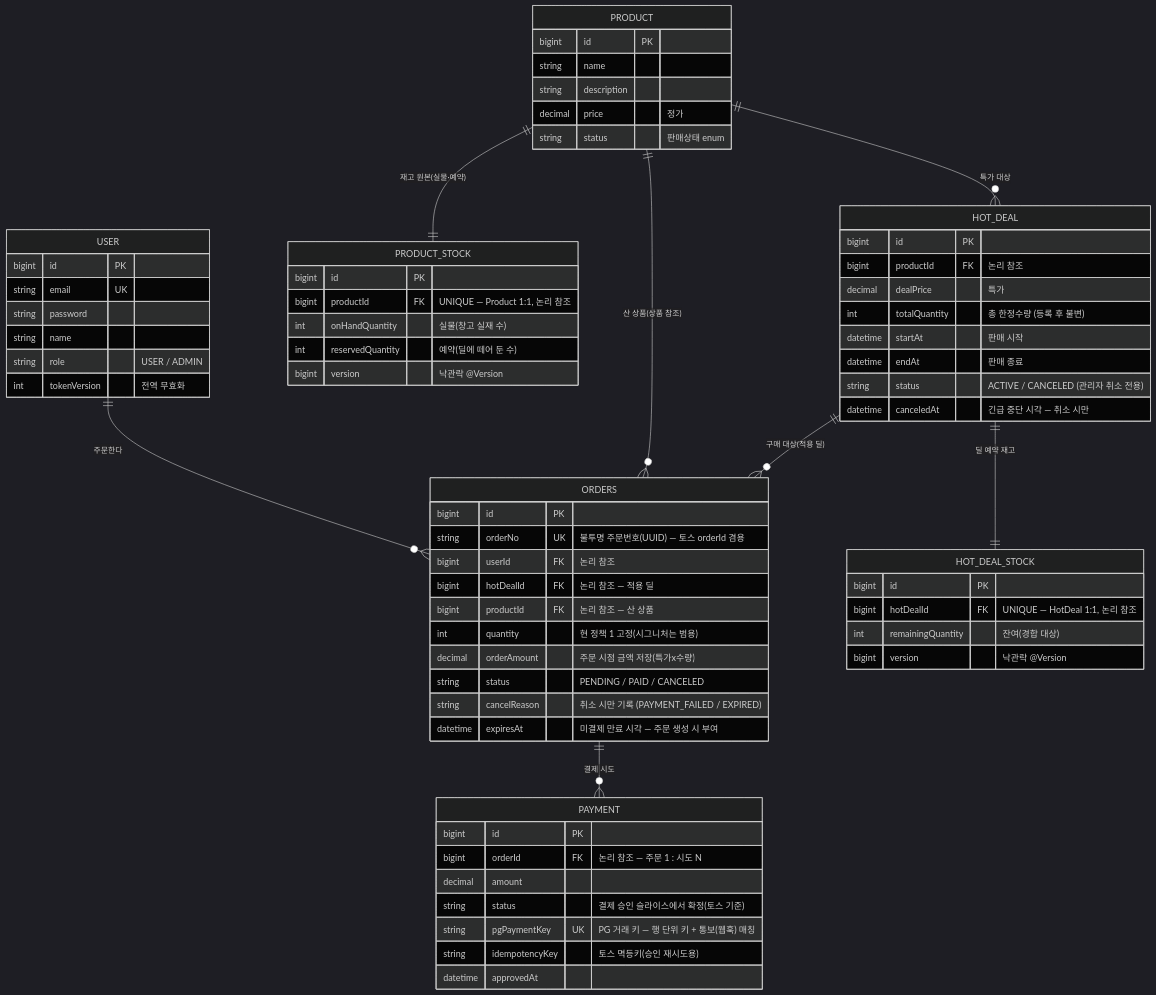
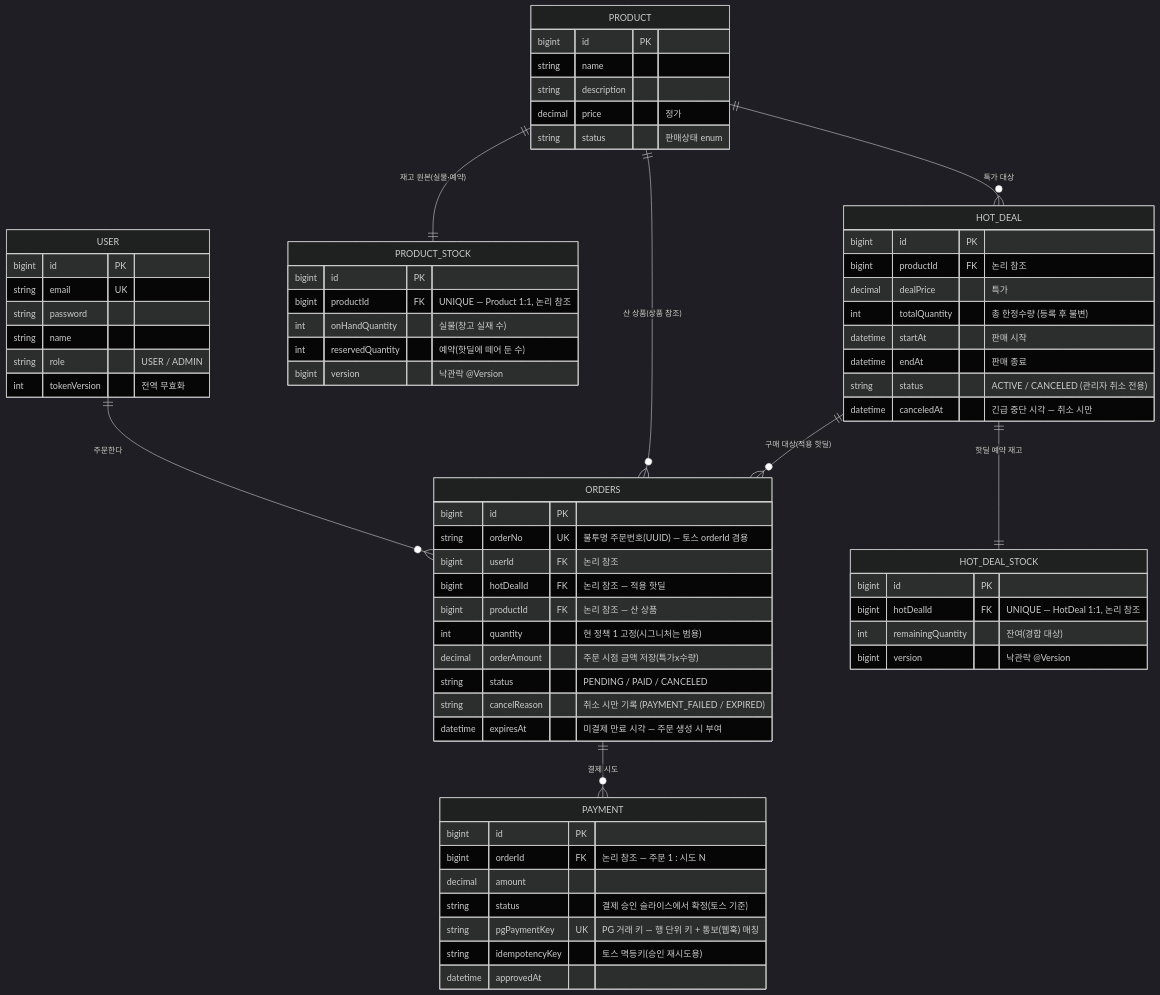
Before and after one commit to Ting97ok/hotdeal-commerce: the diagram in docs/design/erd.md, drawn with Mermaid (dark theme). The commit also changed other lines of this file and 3 other files, not shown here.

````diff
--- a/docs/design/erd.md
+++ b/docs/design/erd.md
@@ -11,70 +11,70 @@
 ```mermaid
 erDiagram
     USER     ||--o{ ORDERS         : "주문한다"
     PRODUCT  ||--|| PRODUCT_STOCK  : "재고 원본(실물·예약)"
     PRODUCT  ||--o{ HOT_DEAL       : "특가 대상"
     PRODUCT  ||--o{ ORDERS         : "산 상품(상품 참조)"
-    HOT_DEAL ||--|| HOT_DEAL_STOCK : "딜 예약 재고"
-    HOT_DEAL ||--o{ ORDERS         : "구매 대상(적용 딜)"
+    HOT_DEAL ||--|| HOT_DEAL_STOCK : "핫딜 예약 재고"
+    HOT_DEAL ||--o{ ORDERS         : "구매 대상(적용 핫딜)"
     ORDERS   ||--o{ PAYMENT        : "결제 시도"
 
     USER {
         bigint id PK
         string email UK
         string password
         string name
         string role "USER / ADMIN"
         int    tokenVersion "전역 무효화"
     }
     PRODUCT {
         bigint  id PK
         string  name
         string  description
         decimal price "정가"
         string  status "판매상태 enum"
     }
     PRODUCT_STOCK {
         bigint id PK
         bigint productId FK "UNIQUE — Product 1:1, 논리 참조"
         int    onHandQuantity "실물(창고 실재 수)"
-        int    reservedQuantity "예약(딜에 떼어 둔 수)"
+        int    reservedQuantity "예약(핫딜에 떼어 둔 수)"
         bigint version "낙관락 @Version"
     }
     HOT_DEAL {
         bigint   id PK
         bigint   productId FK "논리 참조"
         decimal  dealPrice "특가"
         int      totalQuantity "총 한정수량 (등록 후 불변)"
         datetime startAt "판매 시작"
         datetime endAt "판매 종료"
         string   status "ACTIVE / CANCELED (관리자 취소 전용)"
         datetime canceledAt "긴급 중단 시각 — 취소 시만"
     }
     HOT_DEAL_STOCK {
         bigint id PK
         bigint hotDealId FK "UNIQUE — HotDeal 1:1, 논리 참조"
         int    remainingQuantity "잔여(경합 대상)"
         bigint version "낙관락 @Version"
     }
     ORDERS {
         bigint   id PK
         string   orderNo UK "불투명 주문번호(UUID) — 토스 orderId 겸용"
         bigint   userId FK "논리 참조"
-        bigint   hotDealId FK "논리 참조 — 적용 딜"
+        bigint   hotDealId FK "논리 참조 — 적용 핫딜"
         bigint   productId FK "논리 참조 — 산 상품"
         int      quantity "현 정책 1 고정(시그니처는 범용)"
         decimal  orderAmount "주문 시점 금액 저장(특가x수량)"
         string   status "PENDING / PAID / CANCELED"
         string   cancelReason "취소 시만 기록 (PAYMENT_FAILED / EXPIRED)"
         datetime expiresAt "미결제 만료 시각 — 주문 생성 시 부여"
     }
     PAYMENT {
         bigint   id PK
         bigint   orderId FK "논리 참조 — 주문 1 : 시도 N"
         decimal  amount
         string   status "결제 승인 슬라이스에서 확정(토스 기준)"
         string   pgPaymentKey UK "PG 거래 키 — 행 단위 키 + 통보(웹훅) 매칭"
         string   idempotencyKey "토스 멱등키(승인 재시도용)"
         datetime approvedAt
     }
 ```
````
